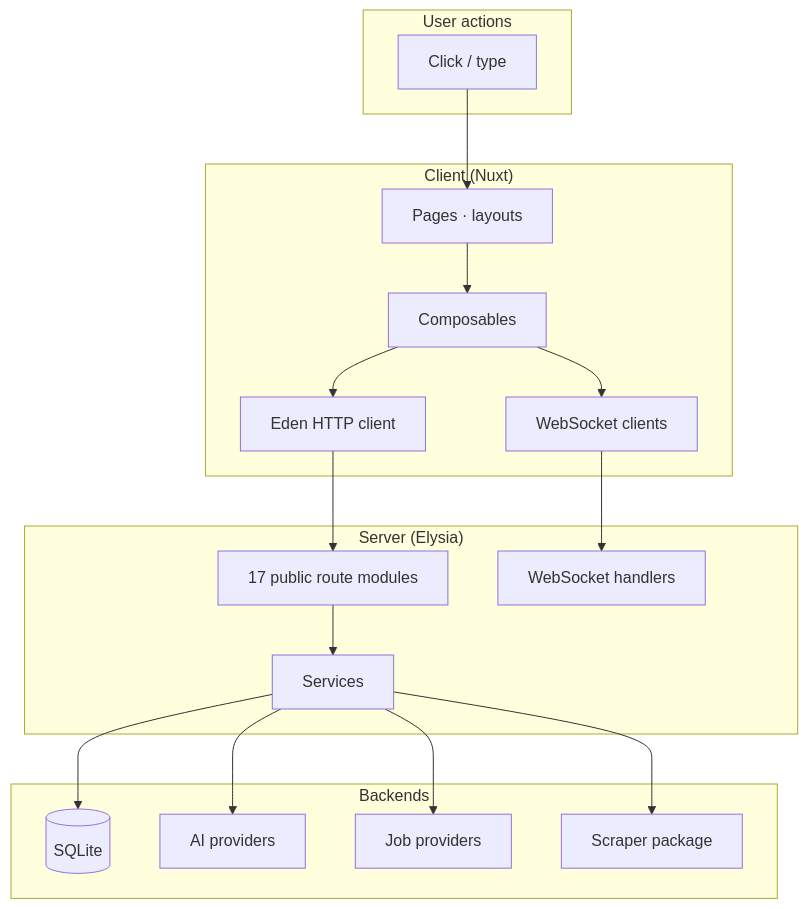
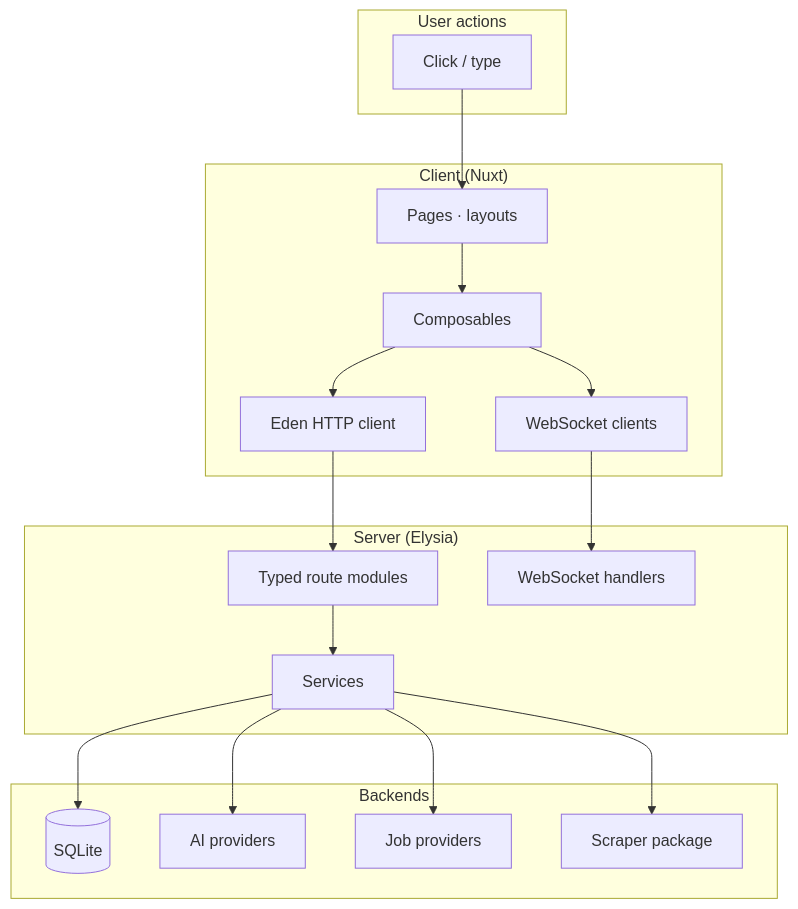
The second of 9 diagrams in docs/ELI5_SYSTEM_WALKTHROUGH.md (d4551/baobuildbuddy), drawn with Mermaid before and after one commit. The commit also changed 41 other files, not shown here.

````diff
--- a/docs/ELI5_SYSTEM_WALKTHROUGH.md
+++ b/docs/ELI5_SYSTEM_WALKTHROUGH.md
@@ -40,38 +40,38 @@
 ```mermaid
 flowchart TD
   subgraph User["User actions"]
     Click["Click / type"]
   end
 
   subgraph ClientLayer["Client (Nuxt)"]
     Pages["Pages · layouts"]
     Composables["Composables"]
     Eden["Eden HTTP client"]
     WS["WebSocket clients"]
   end
 
   subgraph ServerLayer["Server (Elysia)"]
-    Routes["17 public route modules"]
+    Routes["Typed route modules"]
     Services["Services"]
     WSHandlers["WebSocket handlers"]
   end
 
   subgraph Backends["Backends"]
     DB[("SQLite")]
     AIProv["AI providers"]
     JobProv["Job providers"]
     ScraperPkg["Scraper package"]
   end
 
   Click --> Pages
   Pages --> Composables
   Composables --> Eden
   Composables --> WS
   Eden --> Routes
   WS --> WSHandlers
   Routes --> Services
   Services --> DB
   Services --> AIProv
   Services --> JobProv
   Services --> ScraperPkg
 ```
````
